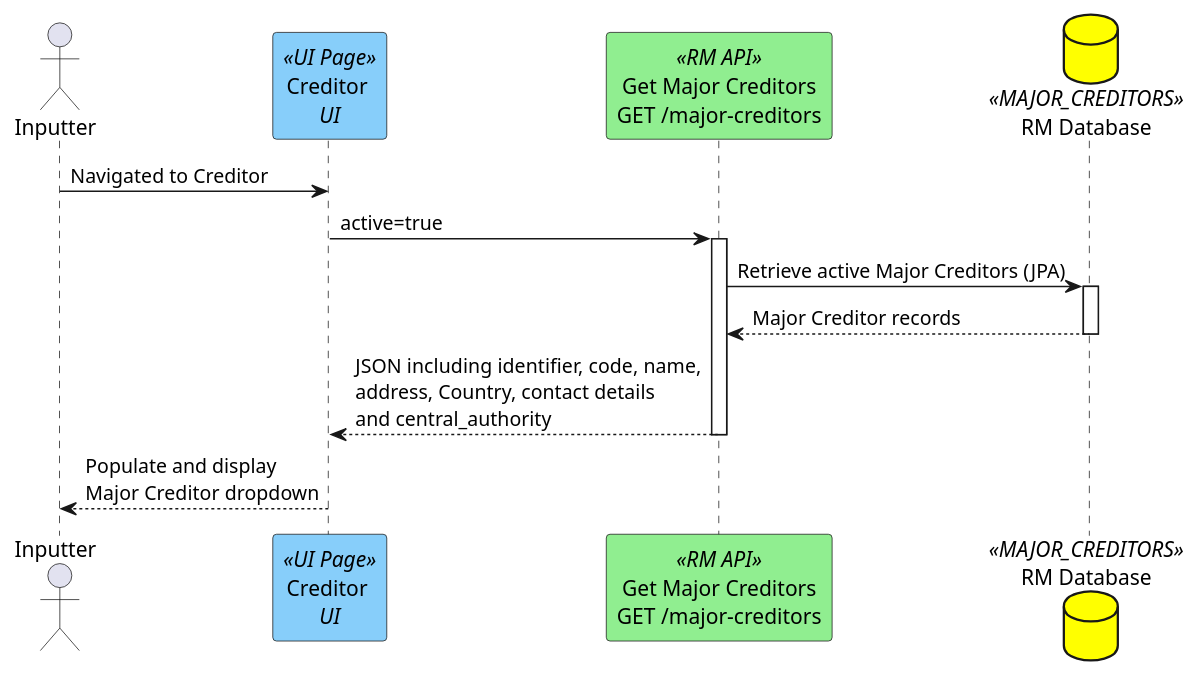
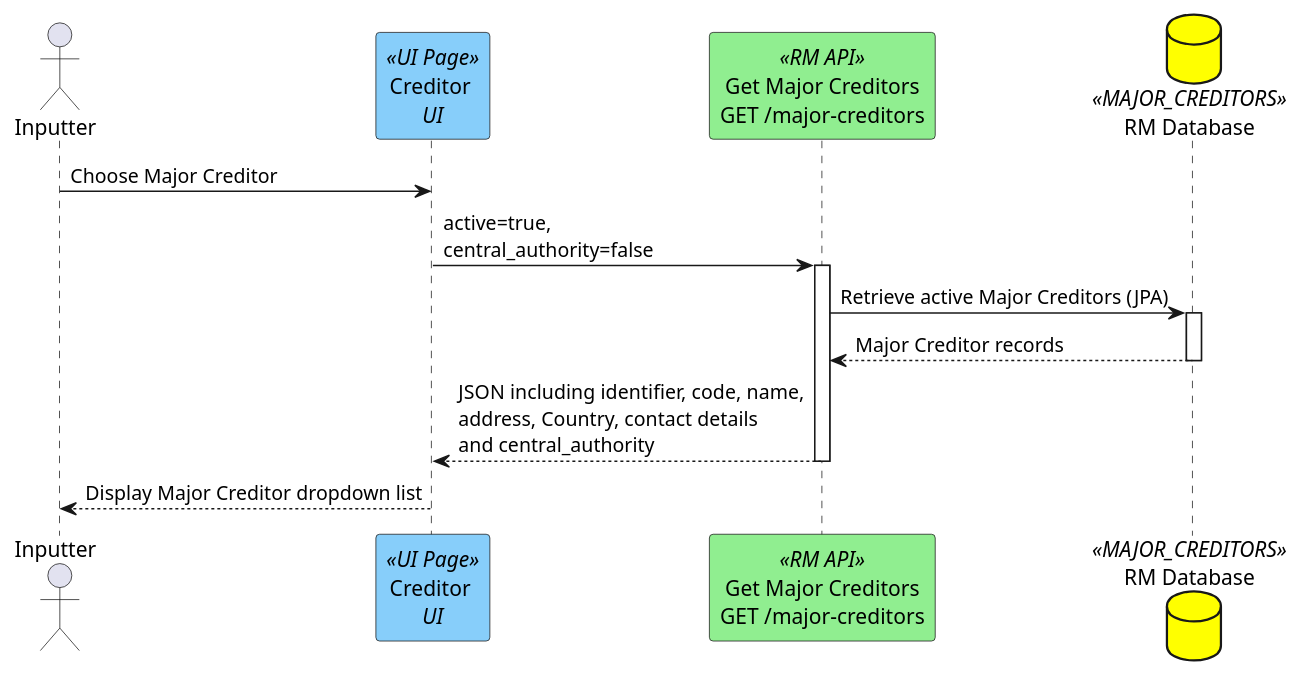
The diagram in plantUML/rm-create-case-file/get-major-creditors.puml (hmcts/opal-docs), drawn with PlantUML before and after one commit. The commit also changed 5 other files, not shown here.

Commit message:
Add RM Create Draft Casefile E2E updated diagrams

```diff
--- a/plantUML/rm-create-case-file/get-major-creditors.puml
+++ b/plantUML/rm-create-case-file/get-major-creditors.puml
@@ -1,13 +1,13 @@
 @startuml
 actor "Inputter" as user
 participant "Creditor \n<i>UI</i>" as page <<UI Page>> #lightskyblue
 participant "Get Major Creditors\nGET /major-creditors" as api <<RM API>> #lightgreen
 database "RM Database" as db <<MAJOR_CREDITORS>> #Yellow
 
-user -> page : Navigated to Creditor
-page -> api ++ : active=true
+user -> page : Choose Major Creditor
+page -> api ++ : active=true,\ncentral_authority=false
 api -> db ++ : Retrieve active Major Creditors (JPA)
 db --> api -- : Major Creditor records
 api --> page -- : JSON including identifier, code, name,\naddress, Country, contact details\nand central_authority
-page --> user : Populate and display \nMajor Creditor dropdown
+page --> user : Display Major Creditor dropdown list
 @enduml
```
